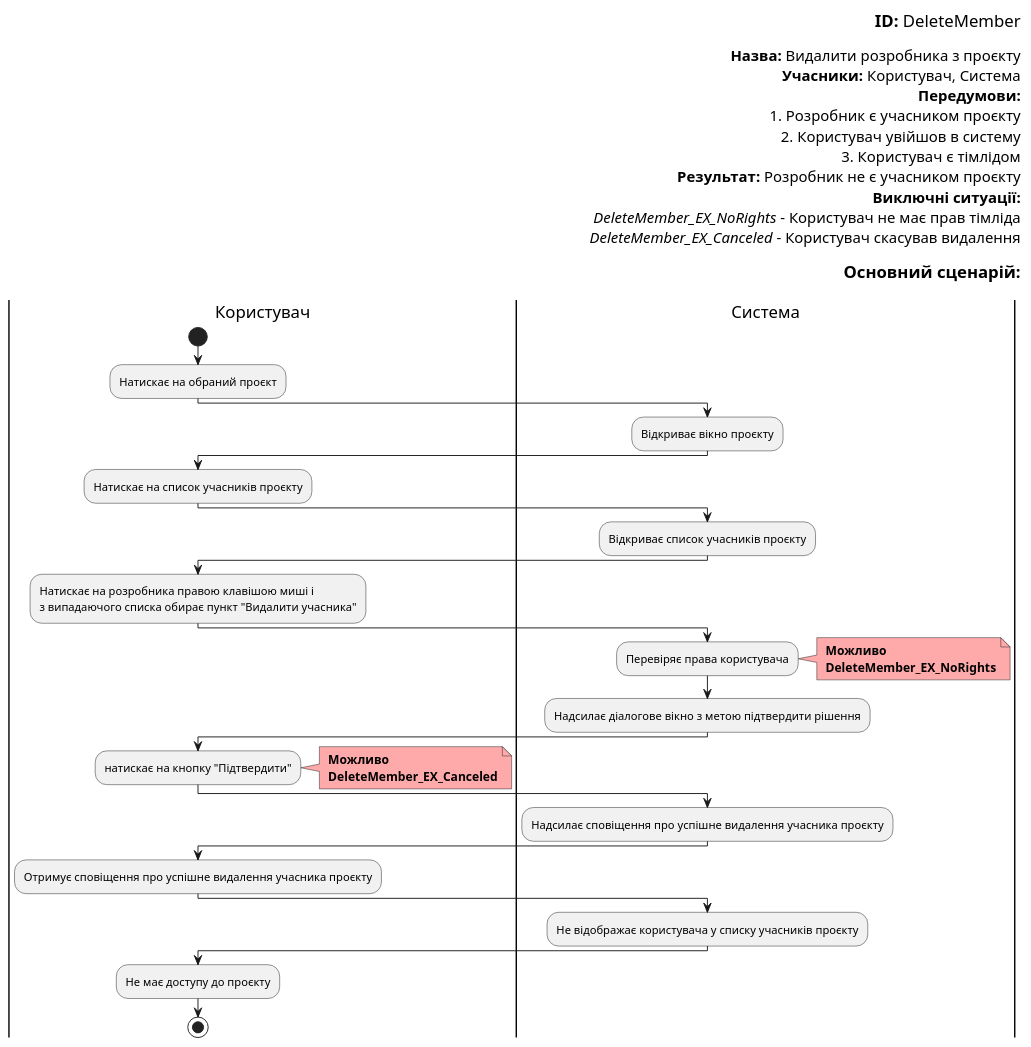
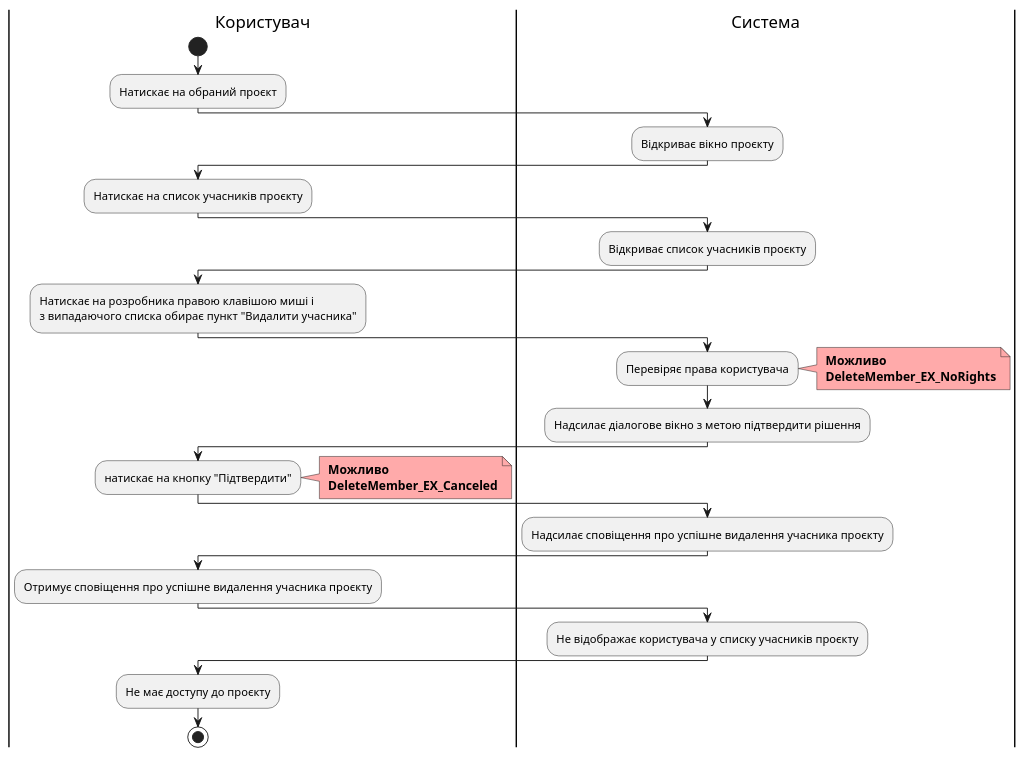
Diagram 19 of 19 in docs/use cases/README.md (boldak/edu-db-cw), drawn with PlantUML before and after one commit. The commit also changed other lines of this file, not shown here.

```diff
--- a/docs/use cases/README.md
+++ b/docs/use cases/README.md
@@ -1268,67 +1341,49 @@
 @startuml
-
-    right header        
-        <font color=000 size=18><b>ID:</b> DeleteMember
-
-        <font color=000 size=16><b>Назва:</b> Видалити розробника з проєкту
-        <font color=000 size=16><b>Учасники:</b> Користувач, Система
-        <font color=000 size=16><b>Передумови:</b> 
-        <font color=000 size=16> 1. Розробник є учасником проєкту
-        <font color=000 size=16> 2. Користувач увійшов в систему 
-        <font color=000 size=16> 3. Користувач є тімлідом
-        <font color=000 size=16><b>Результат:</b> Розробник не є учасником проєкту
-        <font color=000 size=16><b>Виключні ситуації:</b>
-        <font color=000 size=16><i>DeleteMember_EX_NoRights</i> - Користувач не має прав тімліда
-        <font color=000 size=16><i>DeleteMember_EX_Canceled</i> - Користувач скасував видалення
-        
-        <font color=000 size=18><b>Основний сценарій:</b>
-        
-    end header
 
     |Користувач|
         start;    
         :Натискає на обраний проєкт;
 
     |Система|
         :Відкриває вікно проєкту;
 
     |Користувач|
         :Натискає на список учасників проєкту;
 
     |Система|
         :Відкриває список учасників проєкту;
 
     |Користувач|
         :Натискає на розробника правою клавішою миші і 
         з випадаючого списка обирає пункт "Видалити учасника";
 
     |Система|
         :Перевіряє права користувача;
         note right #ffaaaa
         <b> Можливо
         <b> DeleteMember_EX_NoRights
         end note
 
         :Надсилає діалогове вікно з метою підтвердити рішення;
 
     |Користувач|
         :натискає на кнопку "Підтвердити";
         note right #ffaaaa
         <b> Можливо
         <b> DeleteMember_EX_Canceled
         end note
 
     |Система|
         :Надсилає сповіщення про успішне видалення учасника проєкту;
 
     |Користувач|
         :Отримує сповіщення про успішне видалення учасника проєкту;
 
     |Система|
         :Не відображає користувача у списку учасників проєкту;
 
     |Користувач|
         :Не має доступу до проєкту;
         stop;
 
 @enduml
```
